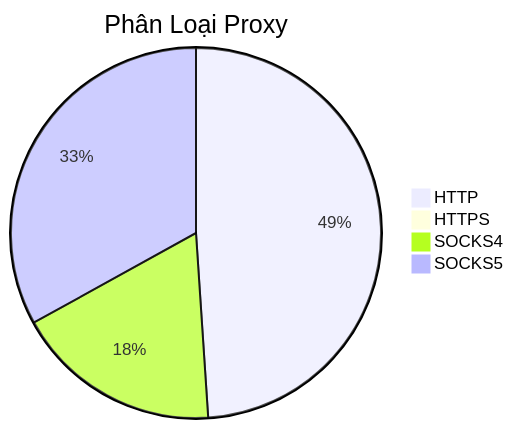
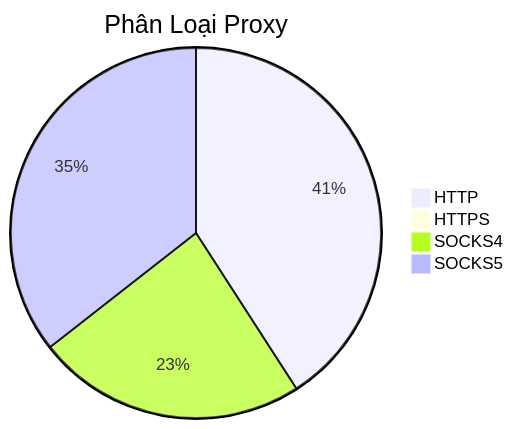
Before and after one commit to Ciara-Aa/PROXY-free: the diagram in README.md, drawn with Mermaid. The commit also changed other lines of this file and 4 other files, not shown here.

````diff
--- a/README.md
+++ b/README.md
@@ -26,7 +26,7 @@
 ```mermaid
 pie title Phân Loại Proxy
-    "HTTP" : 326
-    "HTTPS" : 5
-    "SOCKS4" : 120
-    "SOCKS5" : 220
+    "HTTP" : 269
+    "HTTPS" : 3
+    "SOCKS4" : 155
+    "SOCKS5" : 234
 ```
````
